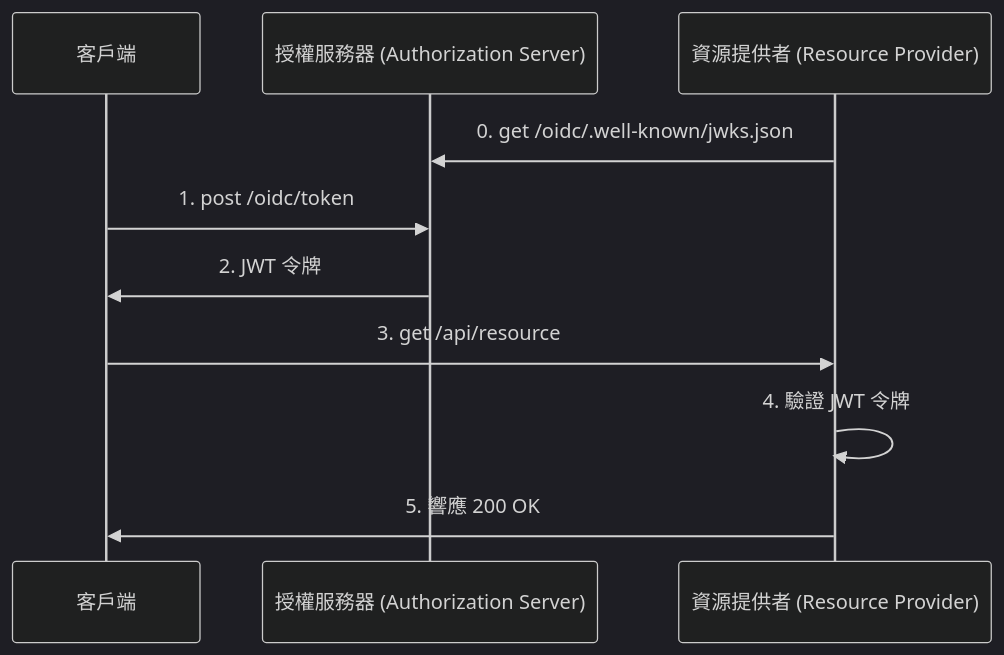
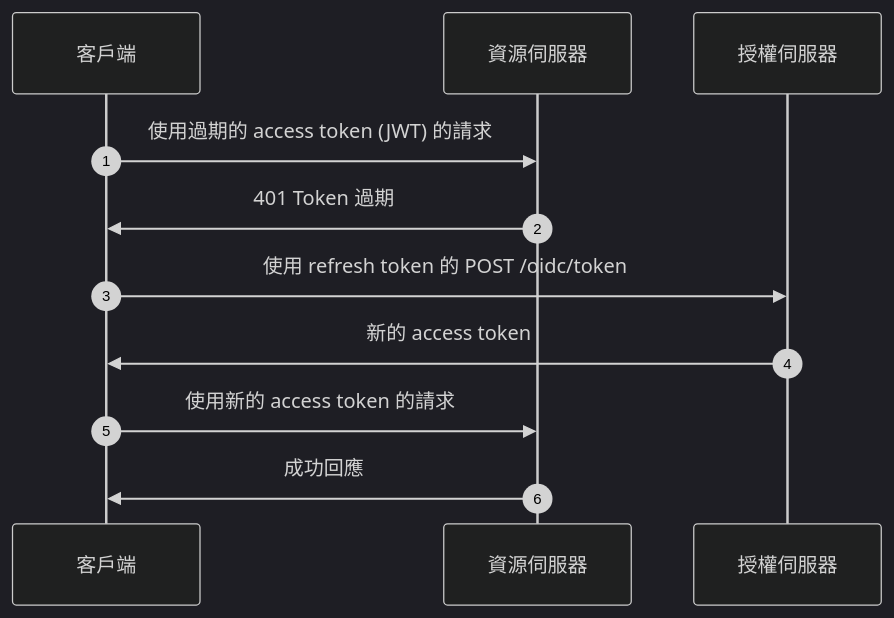
Before and after one commit to logto-io/auth-wiki: the fifth of 5 diagrams in src/content/terms/zh-Hant/opaque-token.mdx, drawn with Mermaid (dark theme). The commit also changed other lines of this file and 95 other files, not shown here.

````diff
--- a/src/content/terms/zh-Hant/opaque-token.mdx
+++ b/src/content/terms/zh-Hant/opaque-token.mdx
@@ -73,16 +123,14 @@
 ```mermaid
+sequenceDiagram
+    participant Client as 客戶端
+    participant RS as 資源伺服器
+    participant AS as 授權伺服器
+    autonumber
 
-sequenceDiagram
-    participant C as 客戶端
-    participant AS as 授權服務器 (Authorization Server)
-    participant RP as 資源提供者 (Resource Provider)
-
-    RP ->> AS: 0. get /oidc/.well-known/jwks.json
-
-    C ->> AS: 1. post /oidc/token
-    AS ->> C: 2. JWT 令牌
-    C ->> RP: 3. get /api/resource
-    RP ->> RP: 4. 驗證 JWT 令牌
-    RP ->> C: 5. 響應 200 OK
-
+    Client->>RS: 使用過期的 access token (JWT) 的請求
+    RS->>Client: 401 Token 過期
+    Client->>AS: 使用 refresh token 的 POST /oidc/token
+    AS->>Client: 新的 access token
+    Client->>RS: 使用新的 access token 的請求
+    RS->>Client: 成功回應
 ```
````
